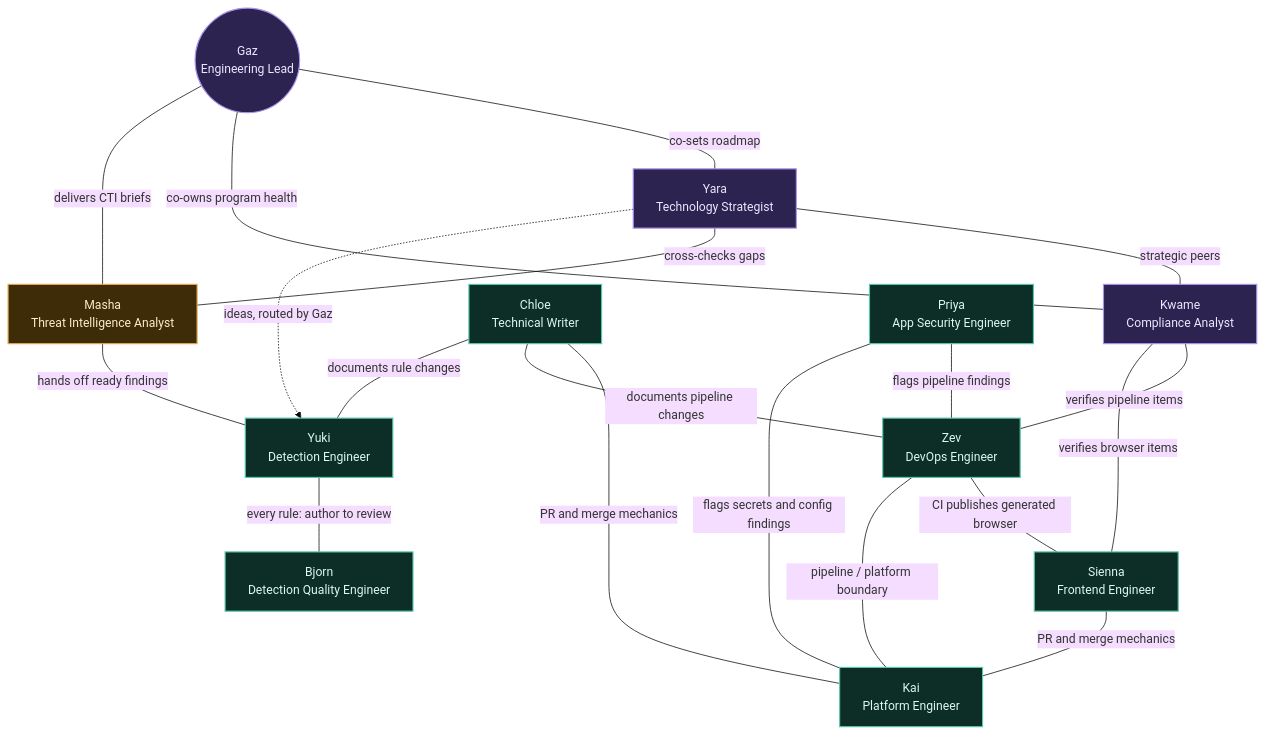
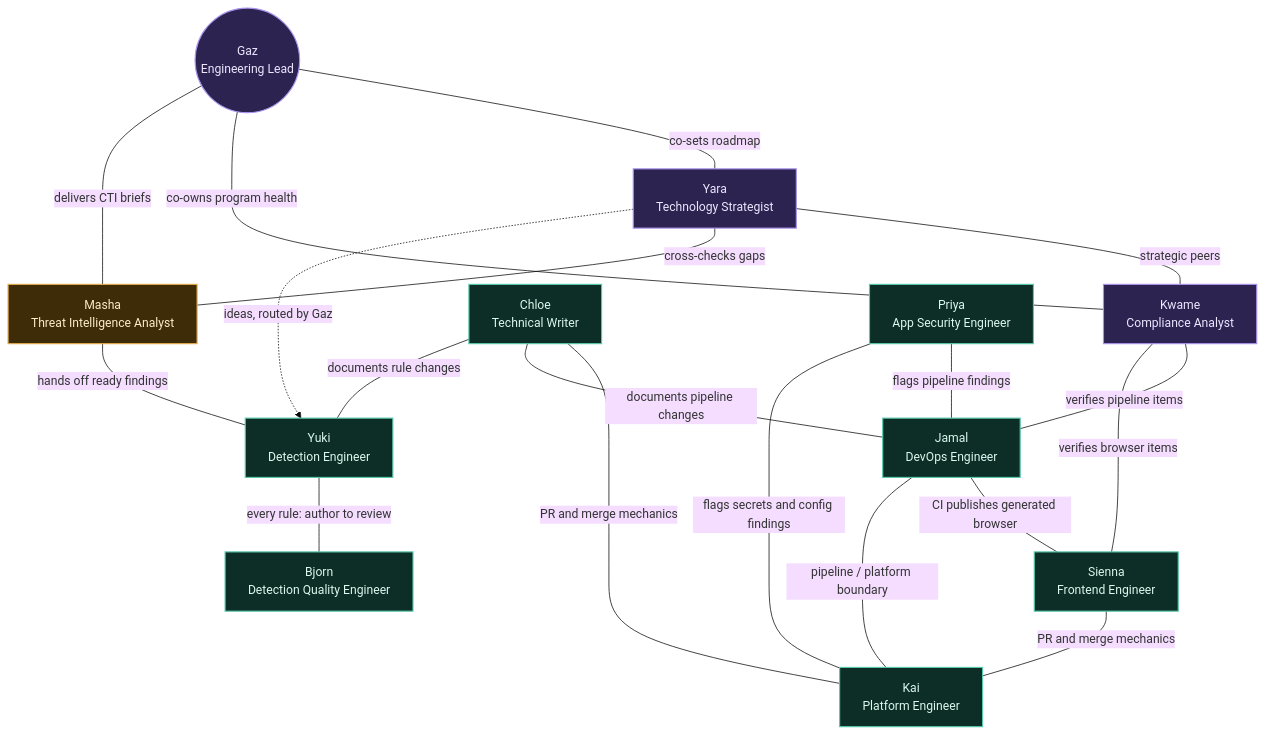
Before and after one commit to martonbence/Detection-Engineering: the diagram in TEAM.md, drawn with Mermaid (base theme). The commit also changed other lines of this file and 12 other files, not shown here.

````diff
--- a/TEAM.md
+++ b/TEAM.md
@@ -19,37 +19,37 @@
 ```mermaid
 flowchart TD
   classDef strategic fill:#2c2350,stroke:#a992eb,color:#eee6ff,stroke-width:1.5px;
   classDef analytical fill:#3d2c07,stroke:#e0a94c,color:#fdecc9,stroke-width:1.5px;
   classDef operational fill:#0d2e26,stroke:#59c9ab,color:#dcf7ee,stroke-width:1.5px;
 
   Gaz(("Gaz<br/>Engineering Lead")):::strategic
   Yara["Yara<br/>Technology Strategist"]:::strategic
   Kwame["Kwame<br/>Compliance Analyst"]:::strategic
   Masha["Masha<br/>Threat Intelligence Analyst"]:::analytical
   Yuki["Yuki<br/>Detection Engineer"]:::operational
   Bjorn["Bjorn<br/>Detection Quality Engineer"]:::operational
-  Zev["Zev<br/>DevOps Engineer"]:::operational
+  Jamal["Jamal<br/>DevOps Engineer"]:::operational
   Chloe["Chloe<br/>Technical Writer"]:::operational
   Sienna["Sienna<br/>Frontend Engineer"]:::operational
   Kai["Kai<br/>Platform Engineer"]:::operational
   Priya["Priya<br/>App Security Engineer"]:::operational
 
   Gaz ---|co-sets roadmap| Yara
   Gaz ---|co-owns program health| Kwame
   Yara ---|strategic peers| Kwame
   Yara ---|cross-checks gaps| Masha
   Masha ---|delivers CTI briefs| Gaz
   Masha ---|hands off ready findings| Yuki
   Yara -.->|ideas, routed by Gaz| Yuki
   Yuki ---|every rule: author to review| Bjorn
-  Kwame ---|verifies pipeline items| Zev
+  Kwame ---|verifies pipeline items| Jamal
   Kwame ---|verifies browser items| Sienna
-  Zev ---|CI publishes generated browser| Sienna
-  Zev ---|pipeline / platform boundary| Kai
+  Jamal ---|CI publishes generated browser| Sienna
+  Jamal ---|pipeline / platform boundary| Kai
   Sienna ---|PR and merge mechanics| Kai
   Chloe ---|PR and merge mechanics| Kai
-  Chloe ---|documents pipeline changes| Zev
+  Chloe ---|documents pipeline changes| Jamal
   Chloe ---|documents rule changes| Yuki
-  Priya ---|flags pipeline findings| Zev
+  Priya ---|flags pipeline findings| Jamal
   Priya ---|flags secrets and config findings| Kai
 ```
````
